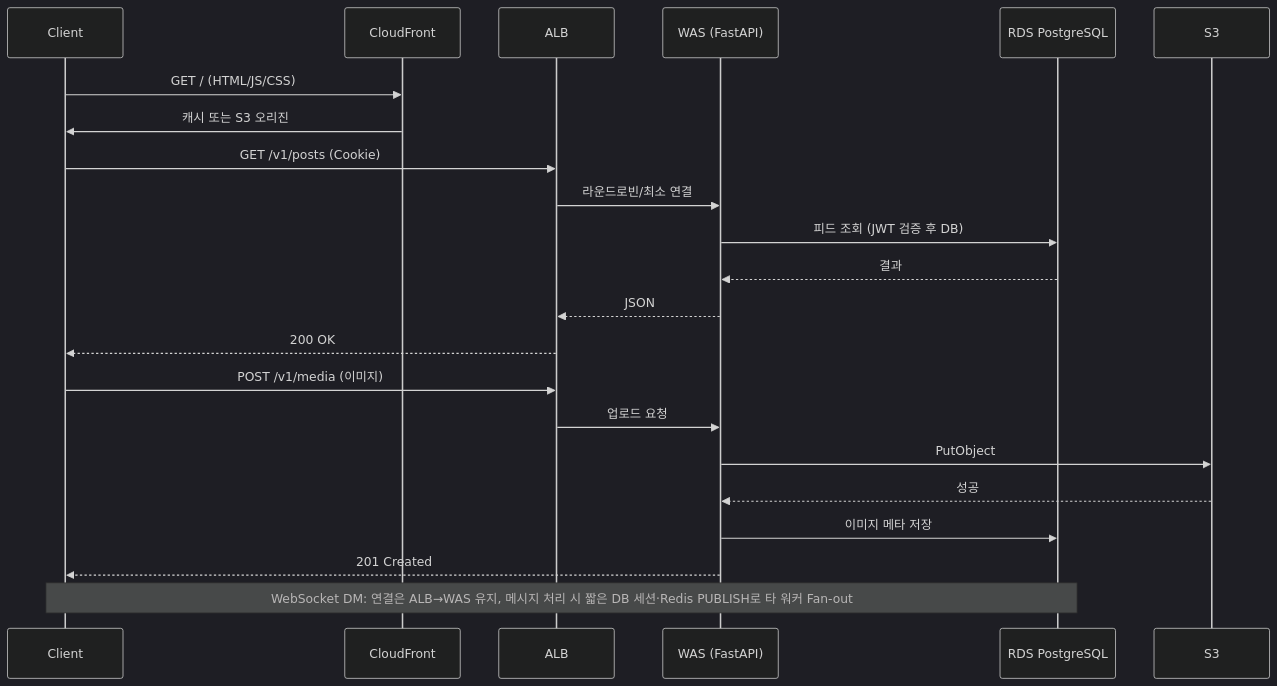
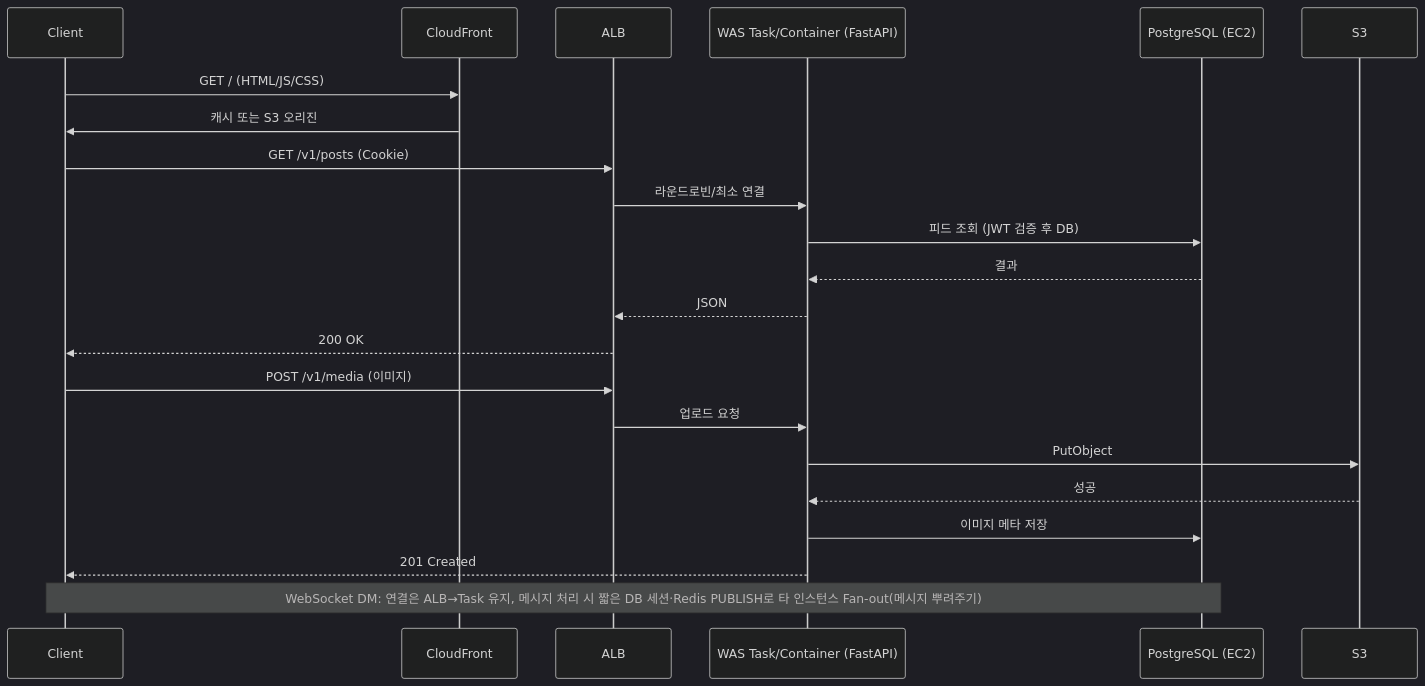
One commit to kyjness/2-kyjness-community-be changed the third of 4 diagrams in docs/infrastructure-reliability-design.md. Above: the diagram before and after it, drawn with Mermaid (dark theme). The commit also changed other lines of this file and 16793 other files, not shown here.

````diff
--- a/docs/infrastructure-reliability-design.md
+++ b/docs/infrastructure-reliability-design.md
@@ -148,28 +148,28 @@
 ```mermaid
 sequenceDiagram
     participant C as Client
     participant CF as CloudFront
     participant ALB as ALB
-    participant WAS as WAS (FastAPI)
-    participant RDS as RDS PostgreSQL
+    participant WAS as WAS Task/Container (FastAPI)
+    participant PG as PostgreSQL (EC2)
     participant S3 as S3
 
     C->>CF: GET / (HTML/JS/CSS)
     CF->>C: 캐시 또는 S3 오리진
 
     C->>ALB: GET /v1/posts (Cookie)
     ALB->>WAS: 라운드로빈/최소 연결
-    WAS->>RDS: 피드 조회 (JWT 검증 후 DB)
-    RDS-->>WAS: 결과
+    WAS->>PG: 피드 조회 (JWT 검증 후 DB)
+    PG-->>WAS: 결과
     WAS-->>ALB: JSON
     ALB-->>C: 200 OK
 
     C->>ALB: POST /v1/media (이미지)
     ALB->>WAS: 업로드 요청
     WAS->>S3: PutObject
     S3-->>WAS: 성공
-    WAS->>RDS: 이미지 메타 저장
+    WAS->>PG: 이미지 메타 저장
     WAS-->>C: 201 Created
 
-    Note over C,RDS: WebSocket DM: 연결은 ALB→WAS 유지, 메시지 처리 시 짧은 DB 세션·Redis PUBLISH로 타 워커 Fan-out
+    Note over C,PG: WebSocket DM: 연결은 ALB→Task 유지, 메시지 처리 시 짧은 DB 세션·Redis PUBLISH로 타 인스턴스 Fan-out(메시지 뿌려주기)
 ```
````
